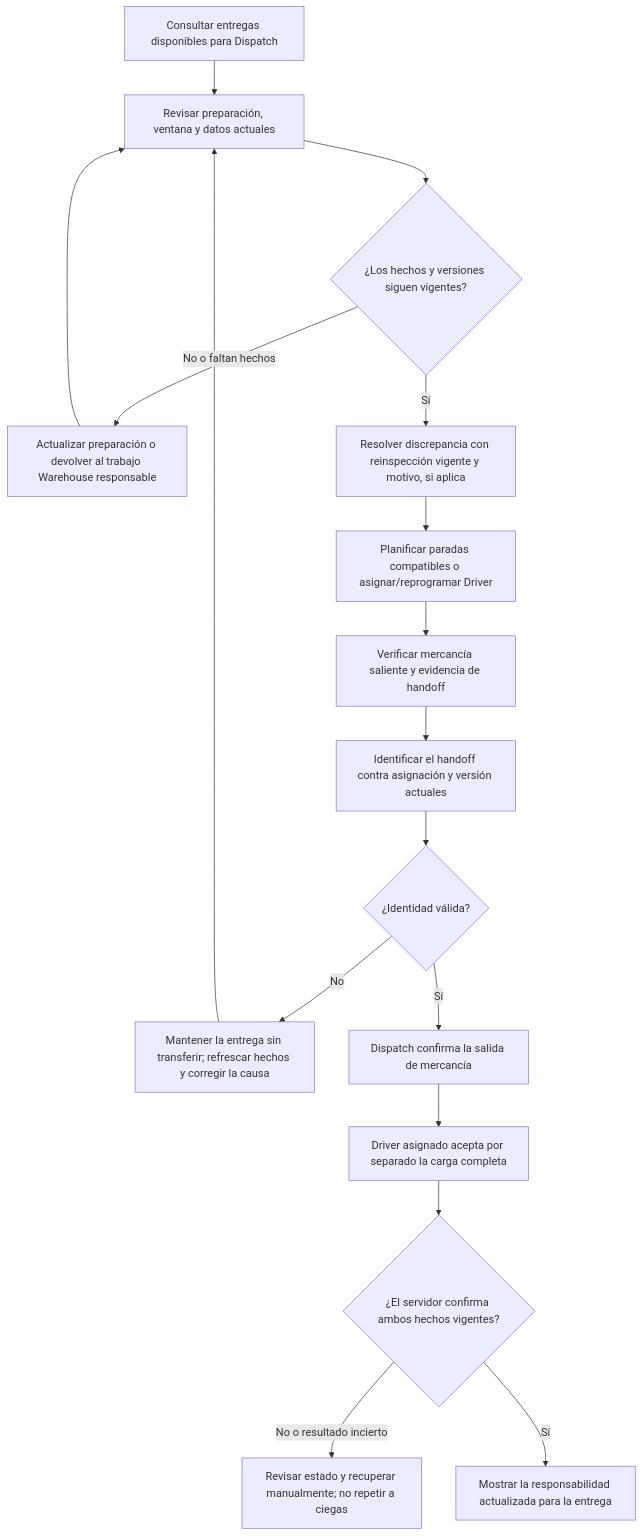
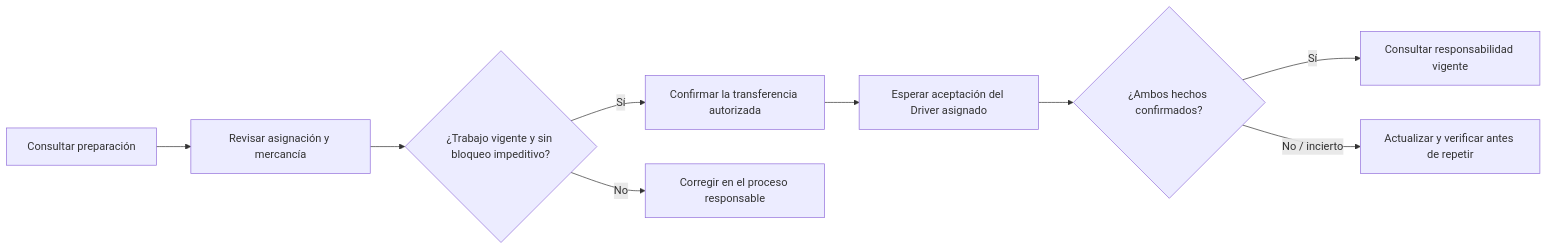
The fifth of 8 diagrams in report/03-solution-ui-ux-design/3.1-product-design/3.1.4-mobile-applications-ux-ui-design/3.1.4.4-mobile-application-user-flows.md (nexa-suite/mobile-report), drawn with Mermaid before and after one commit. The commit also changed other lines of this file and 65 other files, not shown here.

````diff
--- a/report/03-solution-ui-ux-design/3.1-product-design/3.1.4-mobile-applications-ux-ui-design/3.1.4.4-mobile-application-user-flows.md
+++ b/report/03-solution-ui-ux-design/3.1-product-design/3.1.4-mobile-applications-ux-ui-design/3.1.4.4-mobile-application-user-flows.md
@@ -95,19 +109,11 @@
 ```mermaid
-flowchart TD
-    A["Consultar entregas disponibles para Dispatch"] --> B["Revisar preparación, ventana y datos actuales"]
-    B --> C{"¿Los hechos y versiones siguen vigentes?"}
-    C -->|No o faltan hechos| D["Actualizar preparación o devolver al trabajo Warehouse responsable"]
-    D --> B
-    C -->|Sí| E["Resolver discrepancia con reinspección vigente y motivo, si aplica"]
-    E --> F["Planificar paradas compatibles o asignar/reprogramar Driver"]
-    F --> G["Verificar mercancía saliente y evidencia de handoff"]
-    G --> H["Identificar el handoff contra asignación y versión actuales"]
-    H --> I{"¿Identidad válida?"}
-    I -->|No| J["Mantener la entrega sin transferir; refrescar hechos y corregir la causa"]
-    J --> B
-    I -->|Sí| K["Dispatch confirma la salida de mercancía"]
-    K --> L["Driver asignado acepta por separado la carga completa"]
-    L --> M{"¿El servidor confirma ambos hechos vigentes?"}
-    M -->|No o resultado incierto| N["Revisar estado y recuperar manualmente; no repetir a ciegas"]
-    M -->|Sí| O["Mostrar la responsabilidad actualizada para la entrega"]
+flowchart LR
+  A["Consultar preparación"] --> B["Revisar asignación y mercancía"]
+  B --> C{"¿Trabajo vigente y sin bloqueo impeditivo?"}
+  C -->|"Sí"| D["Confirmar la transferencia autorizada"]
+  C -->|"No"| E["Corregir en el proceso responsable"]
+  D --> F["Esperar aceptación del Driver asignado"]
+  F --> G{"¿Ambos hechos confirmados?"}
+  G -->|"Sí"| H["Consultar responsabilidad vigente"]
+  G -->|"No / incierto"| I["Actualizar y verificar antes de repetir"]
 ```
````
